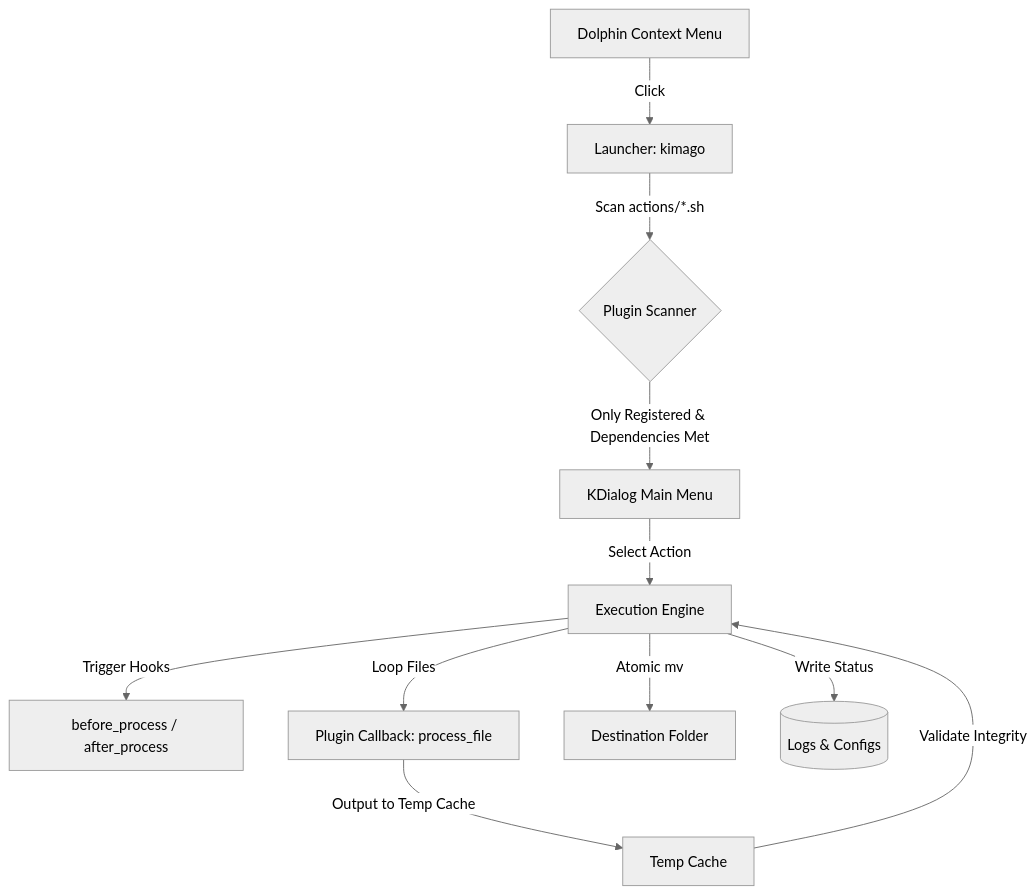
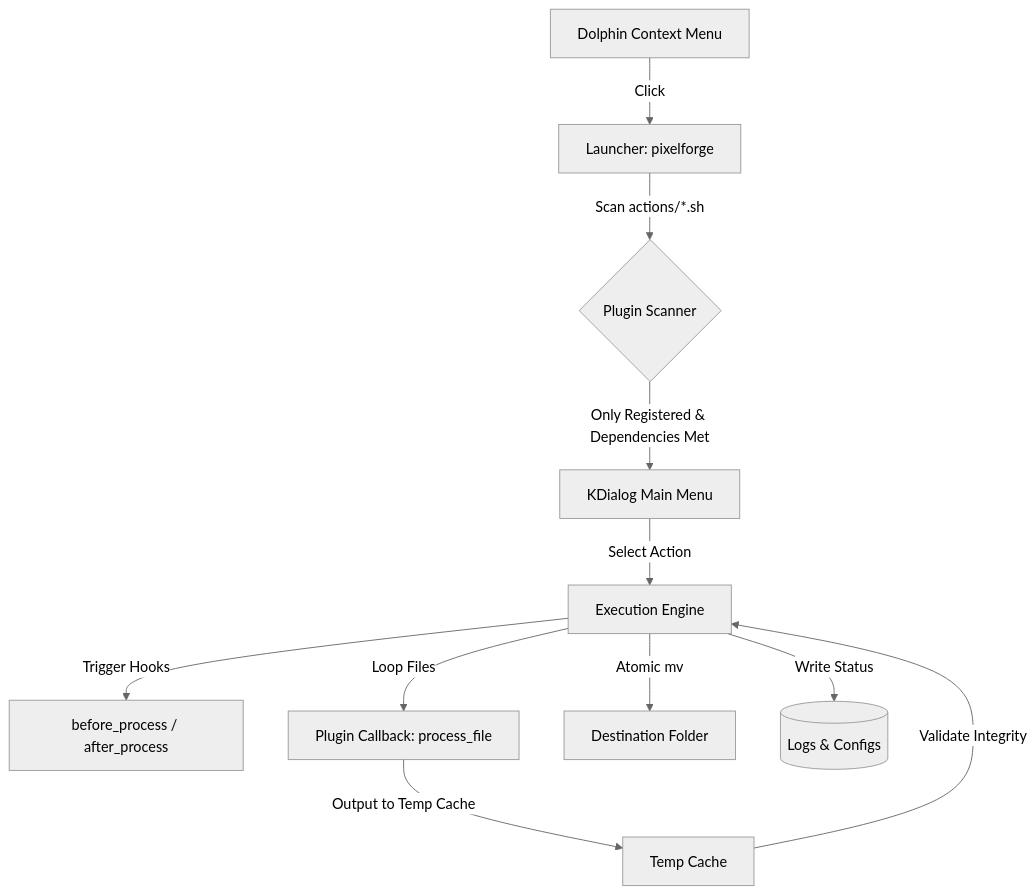
The diagram in README.md (Strashii/PixelForge), drawn with Mermaid (neutral theme) before and after one commit. The commit also changed other lines of this file, not shown here.

````diff
--- a/README.md
+++ b/README.md
@@ -24,13 +24,13 @@
 ```mermaid
 graph TD
-    Dolphin[Dolphin Context Menu] -->|Click| Launcher[Launcher: kimago]
+    Dolphin[Dolphin Context Menu] -->|Click| Launcher[Launcher: pixelforge]
     Launcher -->|Scan actions/*.sh| Scanner{Plugin Scanner}
     Scanner -->|Only Registered & Dependencies Met| Menu[KDialog Main Menu]
     Menu -->|Select Action| Engine[Execution Engine]
     Engine -->|Trigger Hooks| Hooks[before_process / after_process]
     Engine -->|Loop Files| PluginCallback[Plugin Callback: process_file]
     PluginCallback -->|Output to Temp Cache| Cache[Temp Cache]
     Cache -->|Validate Integrity| Engine
     Engine -->|Atomic mv| FinalDest[Destination Folder]
     Engine -->|Write Status| Logs[(Logs & Configs)]
 ```
````
